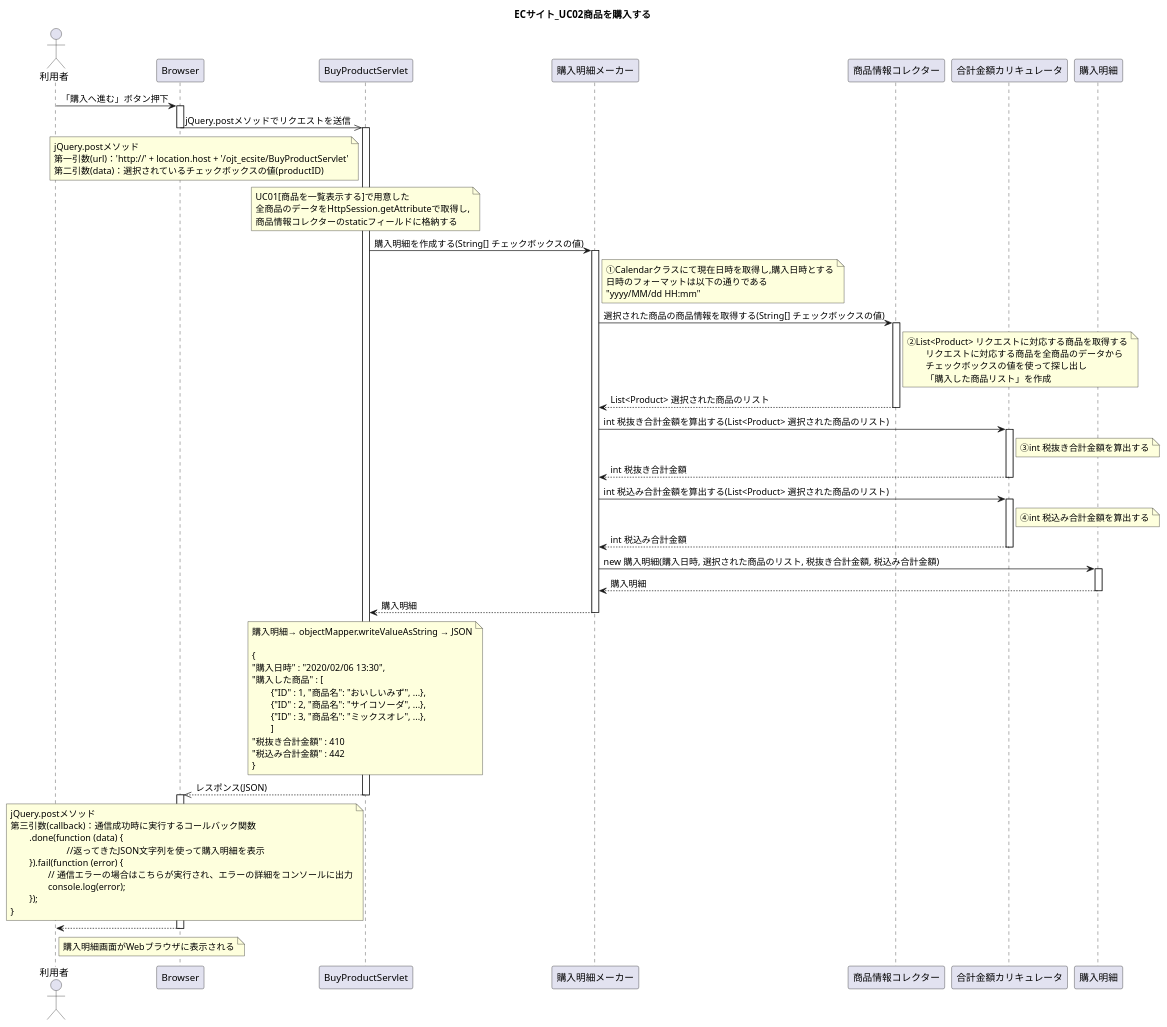
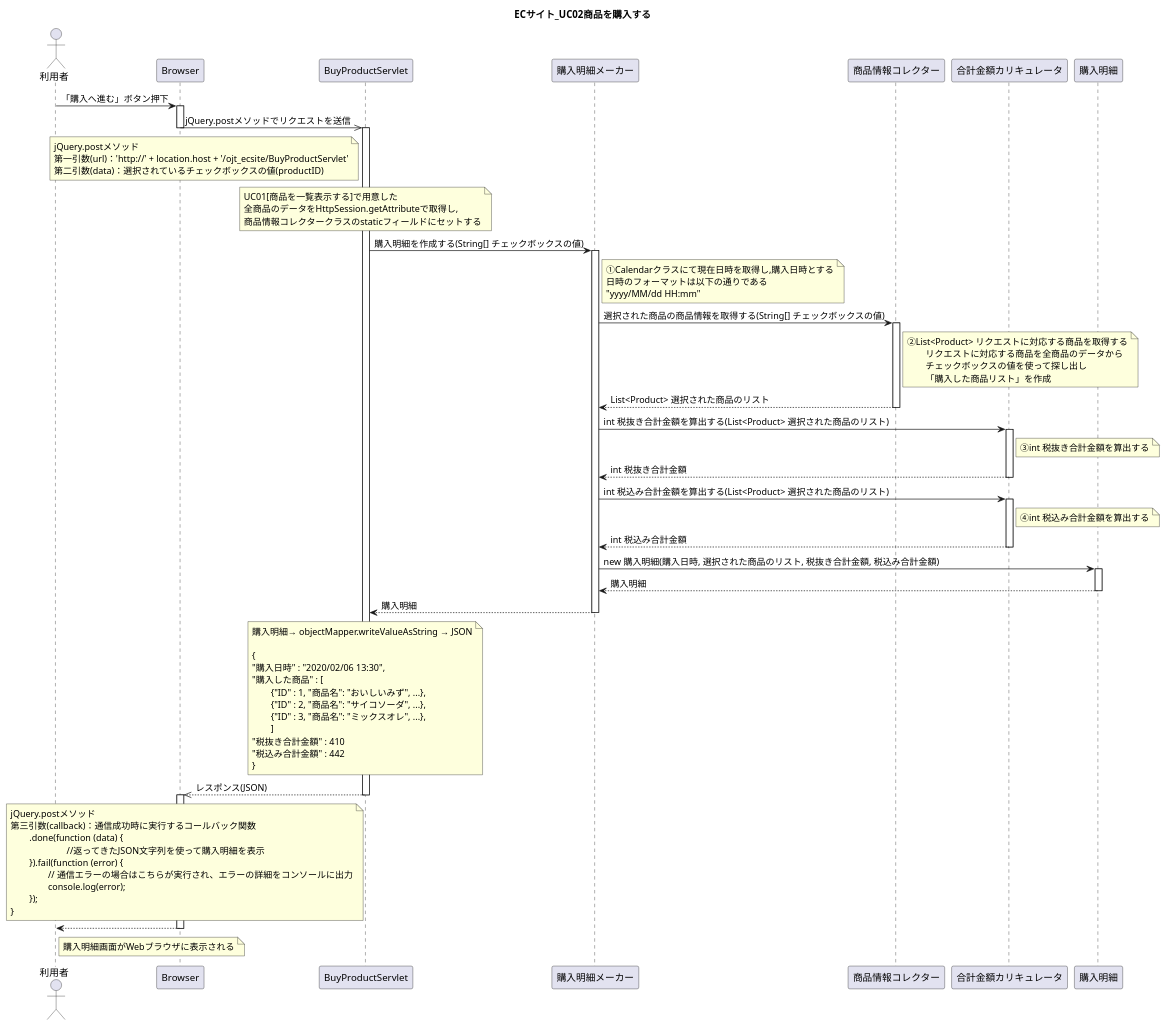
Before and after one commit to wnakayama/ojt_ecsite: the diagram in UML/Sequence02.puml, drawn with PlantUML. The commit also changed 3 other files, not shown here.

```diff
--- a/UML/Sequence02.puml
+++ b/UML/Sequence02.puml
@@ -1,110 +1,110 @@
 @startuml
 title ECサイト_UC02商品を購入する
 
 actor 利用者
 
 利用者 -> Browser : 「購入へ進む」ボタン押下
 activate Browser
 
 Browser ->> BuyProductServlet : jQuery.postメソッドでリクエストを送信
 deactivate Browser
 activate BuyProductServlet
 
 	note left of BuyProductServlet
 	jQuery.postメソッド
 	第一引数(url)：'http://' + location.host + '/ojt_ecsite/BuyProductServlet'
 	第二引数(data)：選択されているチェックボックスの値(productID)
 	end note
 
 	note over BuyProductServlet
 	UC01[商品を一覧表示する]で用意した
 	全商品のデータをHttpSession.getAttributeで取得し,
-	商品情報コレクターのstaticフィールドに格納する
+	商品情報コレクタークラスのstaticフィールドにセットする
 	end note
 
 BuyProductServlet -> 購入明細メーカー : 購入明細を作成する(String[] チェックボックスの値)
 activate 購入明細メーカー
 
 	note right of 購入明細メーカー
 	①Calendarクラスにて現在日時を取得し,購入日時とする
 	日時のフォーマットは以下の通りである
 	"yyyy/MM/dd HH:mm"
 	end note
 
 
 購入明細メーカー -> 商品情報コレクター : 選択された商品の商品情報を取得する(String[] チェックボックスの値)
 activate 商品情報コレクター
 	note right of 商品情報コレクター
 	②List<Product> リクエストに対応する商品を取得する
 		リクエストに対応する商品を全商品のデータから
 		チェックボックスの値を使って探し出し
 		「購入した商品リスト」を作成
 	end note
 購入明細メーカー <-- 商品情報コレクター : List<Product> 選択された商品のリスト
 deactivate 商品情報コレクター
 
 購入明細メーカー -> 合計金額カリキュレータ : int 税抜き合計金額を算出する(List<Product> 選択された商品のリスト)
 activate 合計金額カリキュレータ
 	note right of 合計金額カリキュレータ
 	③int 税抜き合計金額を算出する
 	end note
 購入明細メーカー <-- 合計金額カリキュレータ : int 税抜き合計金額
 deactivate 合計金額カリキュレータ
 
 購入明細メーカー -> 合計金額カリキュレータ : int 税込み合計金額を算出する(List<Product> 選択された商品のリスト)
 activate 合計金額カリキュレータ
 	note right of 合計金額カリキュレータ
 	④int 税込み合計金額を算出する
 	end note
 購入明細メーカー <-- 合計金額カリキュレータ : int 税込み合計金額
 deactivate 合計金額カリキュレータ
 
 
 購入明細メーカー -> 購入明細 : new 購入明細(購入日時, 選択された商品のリスト, 税抜き合計金額, 税込み合計金額)
 activate 購入明細
 購入明細メーカー <-- 購入明細 : 購入明細
 deactivate 購入明細
 
 BuyProductServlet <-- 購入明細メーカー : 購入明細
 deactivate 購入明細メーカー
 
 	note over BuyProductServlet
 	購入明細→ objectMapper.writeValueAsString → JSON
 
 	{
 	"購入日時" : "2020/02/06 13:30",
 	"購入した商品" : [
 		{"ID" : 1, "商品名": "おいしいみず", ...},
 		{"ID" : 2, "商品名": "サイコソーダ", ...},
 		{"ID" : 3, "商品名": "ミックスオレ", ...},
 		]
 	"税抜き合計金額" : 410
 	"税込み合計金額" : 442
 	}
 	end note
 
 Browser <<-- BuyProductServlet : レスポンス(JSON)
 deactivate BuyProductServlet
 activate Browser
 
 	note left of BuyProductServlet
 	jQuery.postメソッド
 	第三引数(callback)：通信成功時に実行するコールバック関数
 		.done(function (data) {
 				//返ってきたJSON文字列を使って購入明細を表示
 		}).fail(function (error) {
 			// 通信エラーの場合はこちらが実行され、エラーの詳細をコンソールに出力
 			console.log(error);
 		});
 	}
 	end note
 
 
 利用者 <-- Browser
 	note right of 利用者
 	購入明細画面がWebブラウザに表示される
 	end note
 
 deactivate Browser
 
 @enduml
```
